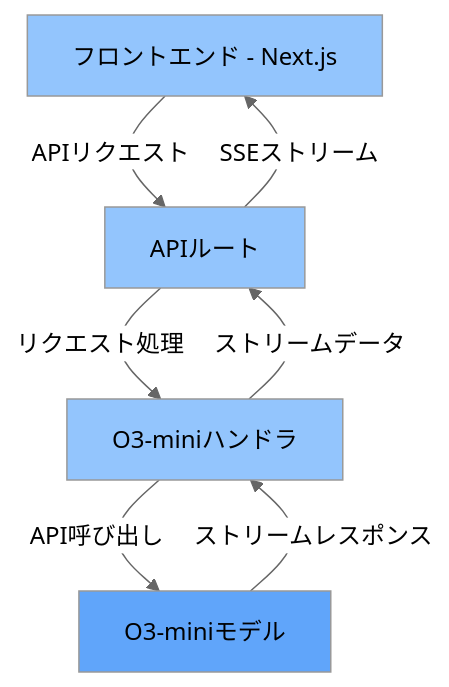
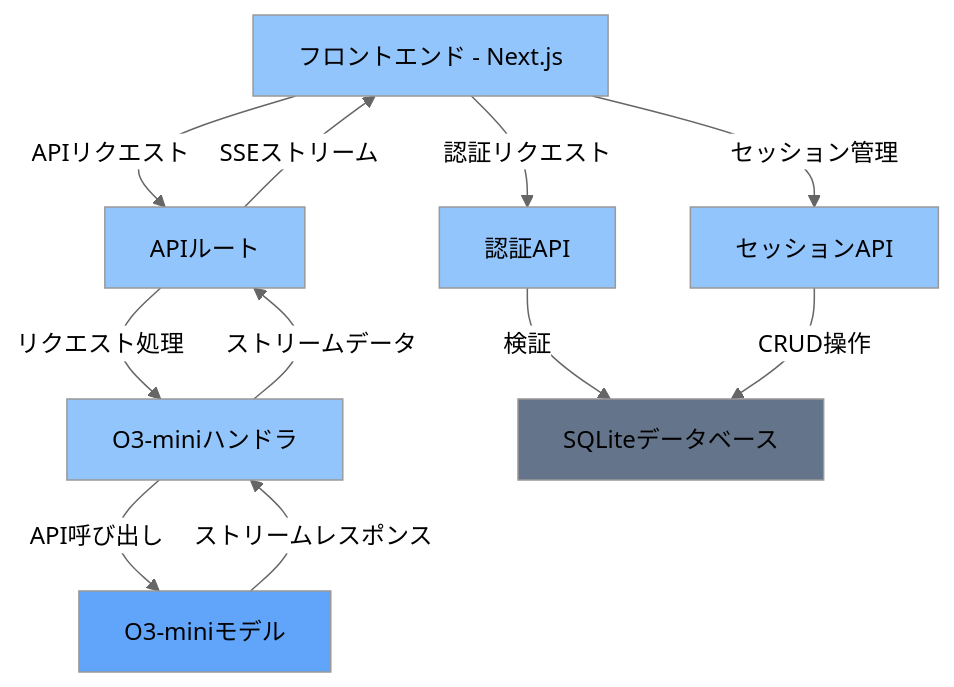
One commit to jydie5/Next.js-OpenAI-Chat-Bot changed the third of 4 diagrams in README.md. Above: the diagram before and after it, drawn with Mermaid (neutral theme). The commit also changed other lines of this file, not shown here.

````diff
--- a/README.md
+++ b/README.md
@@ -97,13 +167,20 @@
 ```mermaid
 graph TD
     A[フロントエンド - Next.js] -->|APIリクエスト| B[APIルート]
     B -->|リクエスト処理| C[O3-miniハンドラ]
     C -->|API呼び出し| D[O3-miniモデル]
     D -->|ストリームレスポンス| C
     C -->|ストリームデータ| B
     B -->|SSEストリーム| A
+    A -->|認証リクエスト| E[認証API]
+    E -->|検証| F[SQLiteデータベース]
+    A -->|セッション管理| G[セッションAPI]
+    G -->|CRUD操作| F
     style A fill:#93c5fd
     style B fill:#93c5fd
     style C fill:#93c5fd
     style D fill:#60a5fa
+    style E fill:#93c5fd
+    style F fill:#64748b
+    style G fill:#93c5fd
 ```
````
